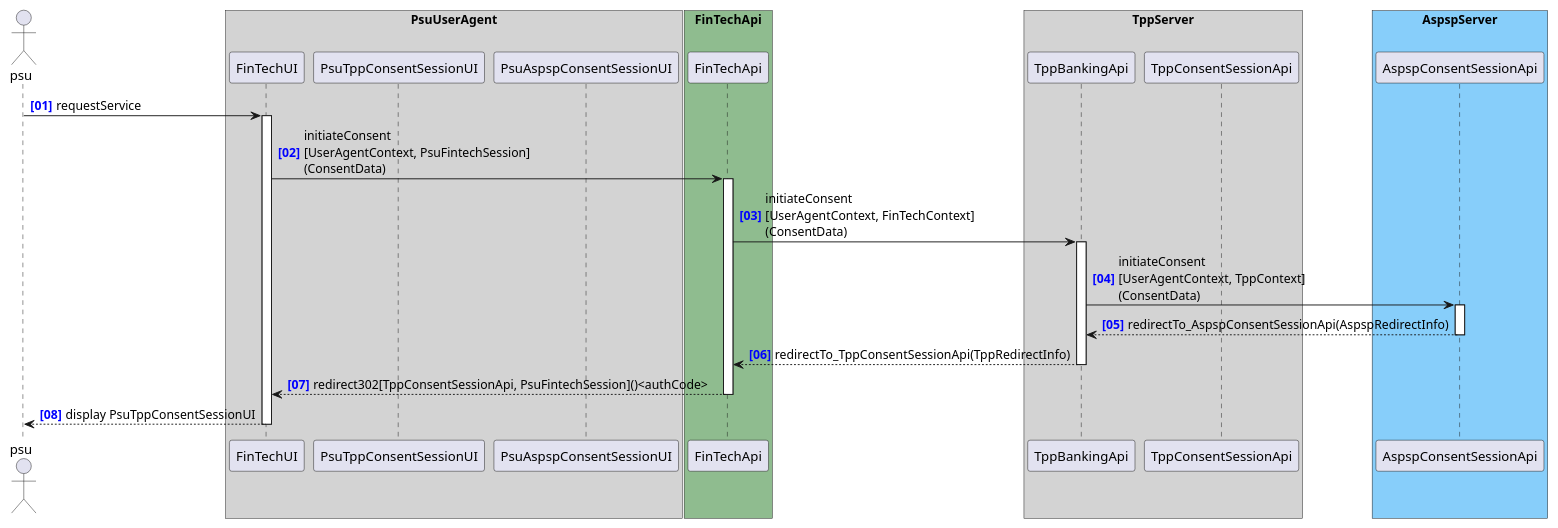
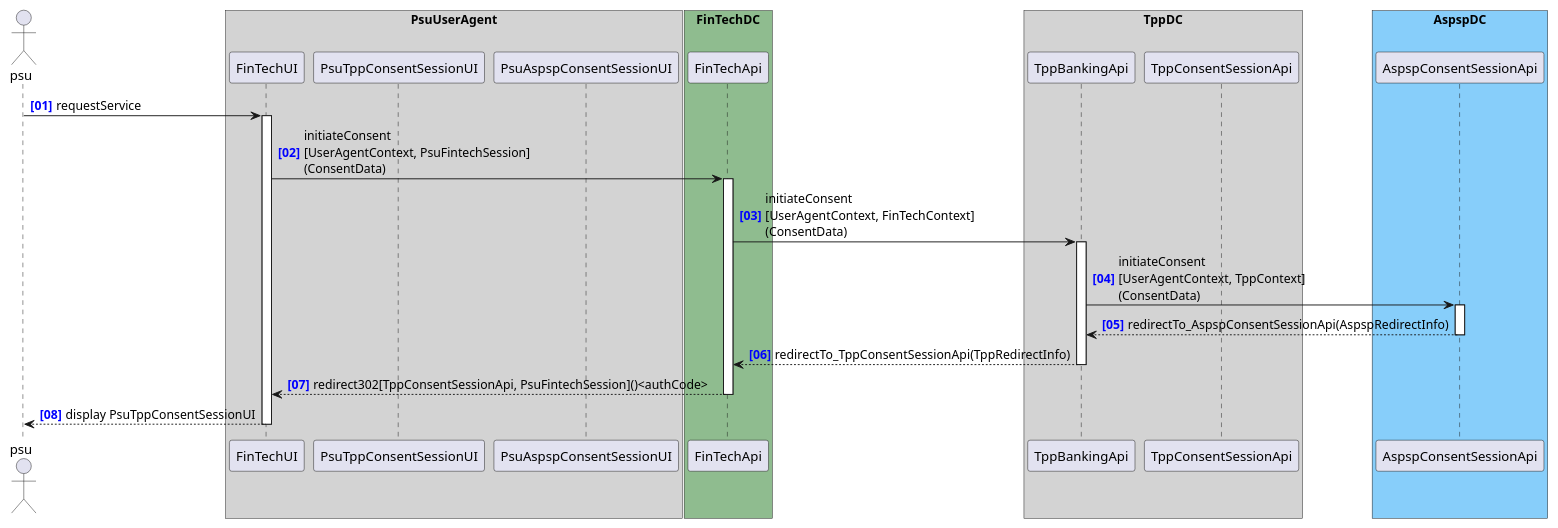
Before and after one commit to adorsys/open-banking-gateway: the diagram in docs/architecture/diagrams/consentSession/PsuAuthConsent.puml, drawn with PlantUML. The commit also changed 9 other files, not shown here.

Commit message:
Added drawio diagram for big picture

```diff
--- a/docs/architecture/diagrams/consentSession/PsuAuthConsent.puml
+++ b/docs/architecture/diagrams/consentSession/PsuAuthConsent.puml
@@ -1,31 +1,31 @@
 @startuml
 
 autonumber "<b><color blue>[00]"
 actor psu
 
 box "PsuUserAgent" #LightGray
     participant "FinTechUI" as FinTechUI
     participant "PsuTppConsentSessionUI" as PsuTppConsentSessionUI
     participant "PsuAspspConsentSessionUI" as PsuAspspConsentSessionUI
 end box
-box "FinTechApi" #DarkSeaGreen
+box "FinTechDC" #DarkSeaGreen
     participant "FinTechApi" as FinTechApi
 end box
-box "TppServer" #LightGray
+box "TppDC" #LightGray
     participant "TppBankingApi" as TppBankingApi
     participant "TppConsentSessionApi" as TppConsentSessionApi
 end box
-box "AspspServer" #LightSkyBlue
+box "AspspDC" #LightSkyBlue
     participant "AspspConsentSessionApi" as AspspConsentSessionApi
 end box
 
 psu -> FinTechUI ++ : requestService
 FinTechUI -> FinTechApi ++ : initiateConsent\n[UserAgentContext, PsuFintechSession]\n(ConsentData)
 FinTechApi -> TppBankingApi ++ : initiateConsent\n[UserAgentContext, FinTechContext]\n(ConsentData)
 TppBankingApi -> AspspConsentSessionApi ++ : initiateConsent\n[UserAgentContext, TppContext]\n(ConsentData) 
 return redirectTo_AspspConsentSessionApi(AspspRedirectInfo)
 return redirectTo_TppConsentSessionApi(TppRedirectInfo)
 return redirect302[TppConsentSessionApi, PsuFintechSession]()<authCode>
 return display PsuTppConsentSessionUI
 'return redirect302[TppConsentSessionApi, PsuFintechSession]()
 @enduml
```
